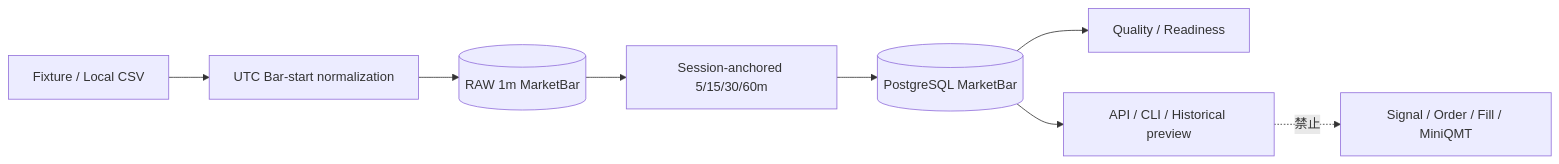
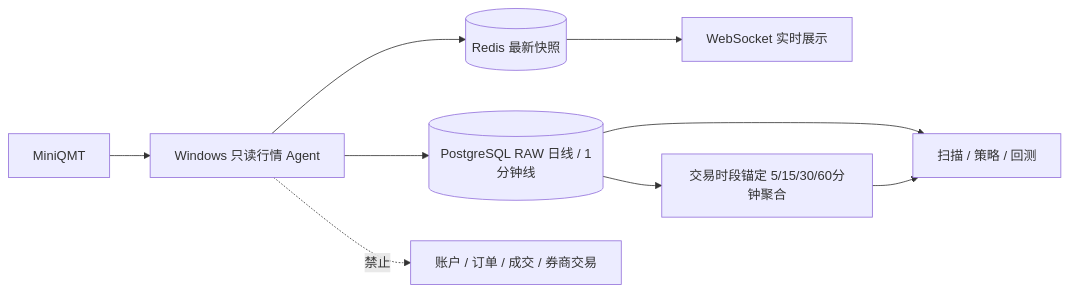
One commit to emilchen96-ops/AlphaBeta changed the first of 12 diagrams in docs/architecture.md. Above: the diagram before and after it, drawn with Mermaid. The commit also changed other lines of this file and 60 other files, not shown here.

Commit message:
feat(market-data): checkpoint MiniQMT unified market data

````diff
--- a/docs/architecture.md
+++ b/docs/architecture.md
@@ -8,10 +9,11 @@
 ```mermaid
 flowchart LR
-  File[Fixture / Local CSV] --> Normalize[UTC Bar-start normalization]
-  Normalize --> Raw[(RAW 1m MarketBar)]
-  Raw --> Aggregate[Session-anchored 5/15/30/60m]
-  Aggregate --> PG[(PostgreSQL MarketBar)]
-  PG --> Quality[Quality / Readiness]
-  PG --> UI[API / CLI / Historical preview]
-  UI -.禁止.-> Trading[Signal / Order / Fill / MiniQMT]
+  QMT[MiniQMT] --> Agent[Windows 只读行情 Agent]
+  Agent --> Redis[(Redis 最新快照)]
+  Redis --> WS[WebSocket 实时展示]
+  Agent --> Raw[(PostgreSQL RAW 日线 / 1分钟线)]
+  Raw --> Aggregate[交易时段锚定 5/15/30/60分钟聚合]
+  Raw --> Research[扫描 / 策略 / 回测]
+  Aggregate --> Research
+  Agent -.禁止.-> Trading[账户 / 订单 / 成交 / 券商交易]
 ```
````
